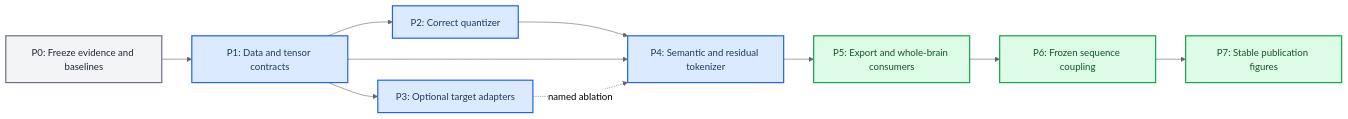
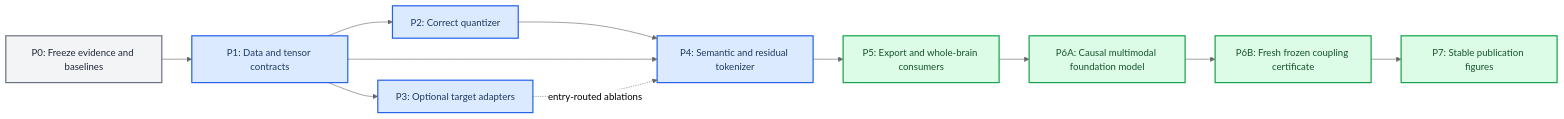
The diagram in docs/physiology_semantic_tokenizer/04_IMPLEMENTATION_VALIDATION_PLAN.md (Kevin65536/PID-MCM), drawn with Mermaid (neutral theme) before and after one commit. The commit also changed other lines of this file and 18 other files, not shown here.

Commit message:
docs(physiology): route teacher gradients by coupling stage

````diff
--- a/docs/physiology_semantic_tokenizer/04_IMPLEMENTATION_VALIDATION_PLAN.md
+++ b/docs/physiology_semantic_tokenizer/04_IMPLEMENTATION_VALIDATION_PLAN.md
@@ -23,23 +23,24 @@
 ```mermaid
 flowchart LR
     accTitle: Implementation dependency and gate order
-    accDescr: The redesign proceeds from frozen baselines through data and quantizer contracts, semantic tokenization, exports, frozen coupling analysis, and publication figures.
+    accDescr: The redesign proceeds from data and teacher contracts through entry-routed tokenization, export, foundation pretraining, an independent frozen certificate, and publication figures.
 
     archive["P0: Freeze evidence and baselines"] --> contracts["P1: Data and tensor contracts"]
     contracts --> quantizer["P2: Correct quantizer"]
     contracts --> teacher["P3: Optional target adapters"]
     quantizer --> tokenizer["P4: Semantic and residual tokenizer"]
     contracts --> tokenizer
-    teacher -. "named ablation" .-> tokenizer
+    teacher -. "entry-routed ablations" .-> tokenizer
     tokenizer --> export["P5: Export and whole-brain consumers"]
-    export --> coupling["P6: Frozen sequence coupling"]
+    export --> foundation_model["P6A: Causal multimodal foundation model"]
+    foundation_model --> coupling["P6B: Fresh frozen coupling certificate"]
     coupling --> figures["P7: Stable publication figures"]
 
     classDef archived fill:#f3f4f6,stroke:#6b7280,stroke-width:2px,color:#1f2937
     classDef foundation fill:#dbeafe,stroke:#2563eb,stroke-width:2px,color:#1e3a5f
     classDef evaluation fill:#dcfce7,stroke:#16a34a,stroke-width:2px,color:#14532d
 
     class archive archived
     class contracts,quantizer,teacher,tokenizer foundation
-    class export,coupling,figures evaluation
+    class export,foundation_model,coupling,figures evaluation
 ```
````
